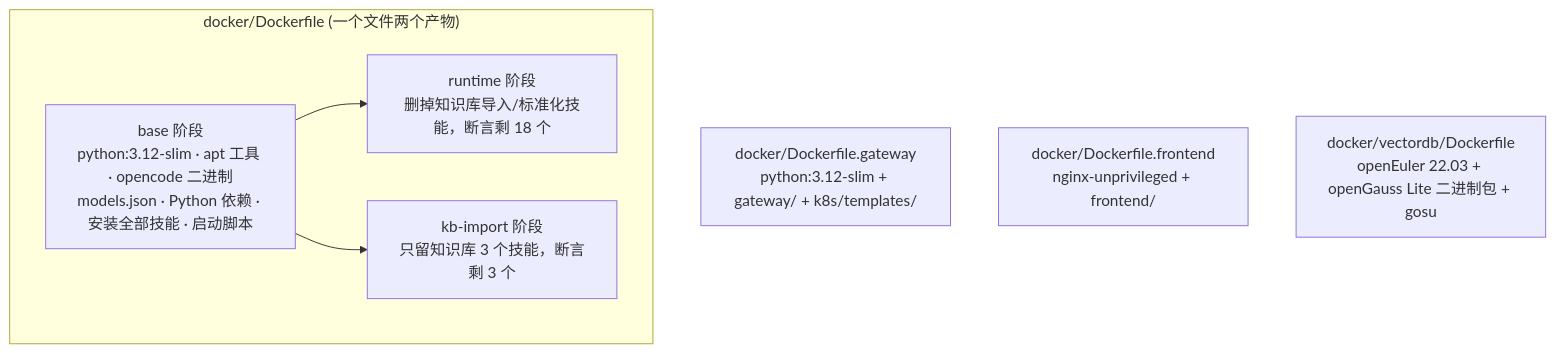
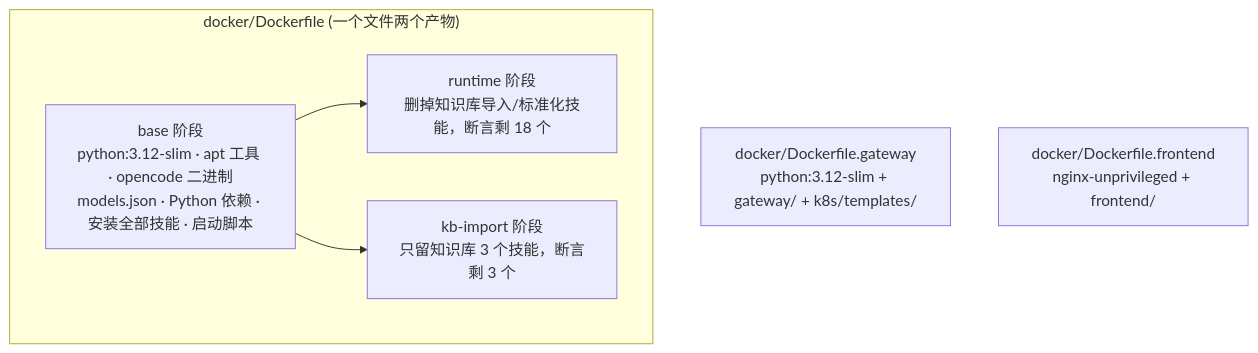
One commit to sqlrush/gh_agent_k8s changed the third of 4 diagrams in docs/从源码构建到K8s运行-完整手册.md. Above: the diagram before and after it, drawn with Mermaid. The commit also changed other lines of this file and 78 other files, not shown here.

````diff
--- a/docs/从源码构建到K8s运行-完整手册.md
+++ b/docs/从源码构建到K8s运行-完整手册.md
@@ -71,11 +65,10 @@
 ```mermaid
 flowchart TB
     subgraph DF["docker/Dockerfile (一个文件两个产物)"]
         BASE["base 阶段<br/>python:3.12-slim · apt 工具 · opencode 二进制<br/>models.json · Python 依赖 · 安装全部技能 · 启动脚本"]
         BASE --> R["runtime 阶段<br/>删掉知识库导入/标准化技能，断言剩 18 个"]
         BASE --> K["kb-import 阶段<br/>只留知识库 3 个技能，断言剩 3 个"]
     end
     G["docker/Dockerfile.gateway<br/>python:3.12-slim + gateway/ + k8s/templates/"]
     F["docker/Dockerfile.frontend<br/>nginx-unprivileged + frontend/"]
-    V["docker/vectordb/Dockerfile<br/>openEuler 22.03 + openGauss Lite 二进制包 + gosu"]
 ```
````
